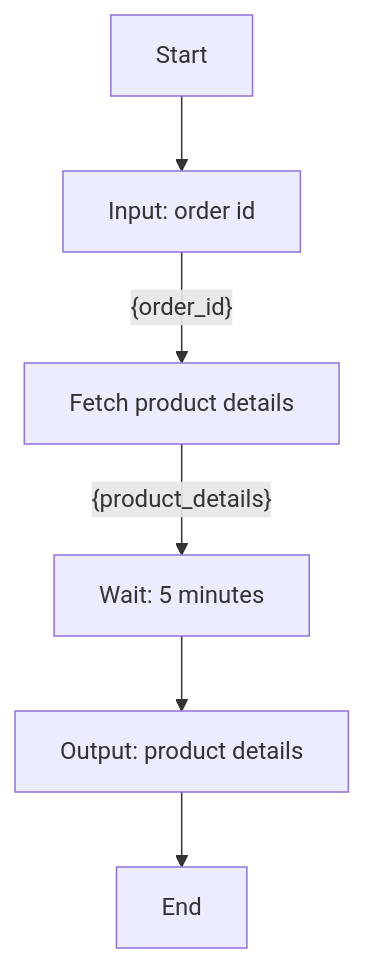
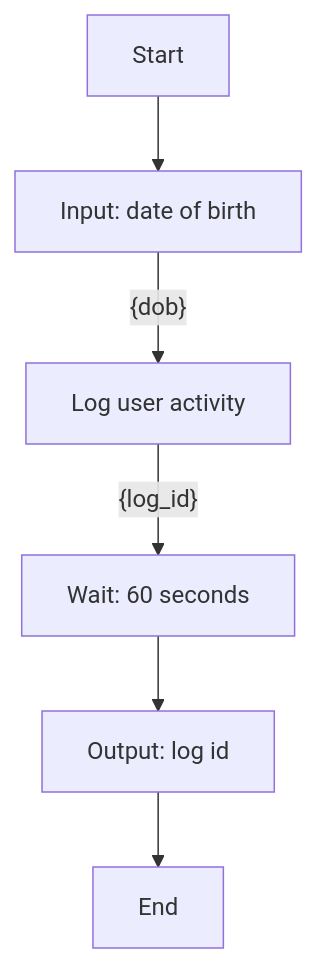
The diagram in poc-dsl-compiler/input/workflows/workflow_6.md (YJ-928/Temporal-Python-SDK), drawn with Mermaid before and after one commit. The commit also changed 52 other files, not shown here.

````diff
--- a/poc-dsl-compiler/input/workflows/workflow_6.md
+++ b/poc-dsl-compiler/input/workflows/workflow_6.md
@@ -1,8 +1,8 @@
 ```mermaid
 graph TD
-    A[Start] --> B[Input: order id]
-    B[Input: order id] -- {order_id} --> C[Fetch product details]
-    C[Fetch product details] -- {product_details} --> D[Wait: 5 minutes]
-    D[Wait: 5 minutes] --> E[Output: product details]
-    E[Output: product details] --> F[End]
+    A[Start] --> B[Input: date of birth]
+    B[Input: date of birth] -- {dob} --> C[Log user activity]
+    C[Log user activity] -- {log_id} --> D[Wait: 60 seconds]
+    D[Wait: 60 seconds] --> E[Output: log id]
+    E[Output: log id] --> F[End]
 ```
````
